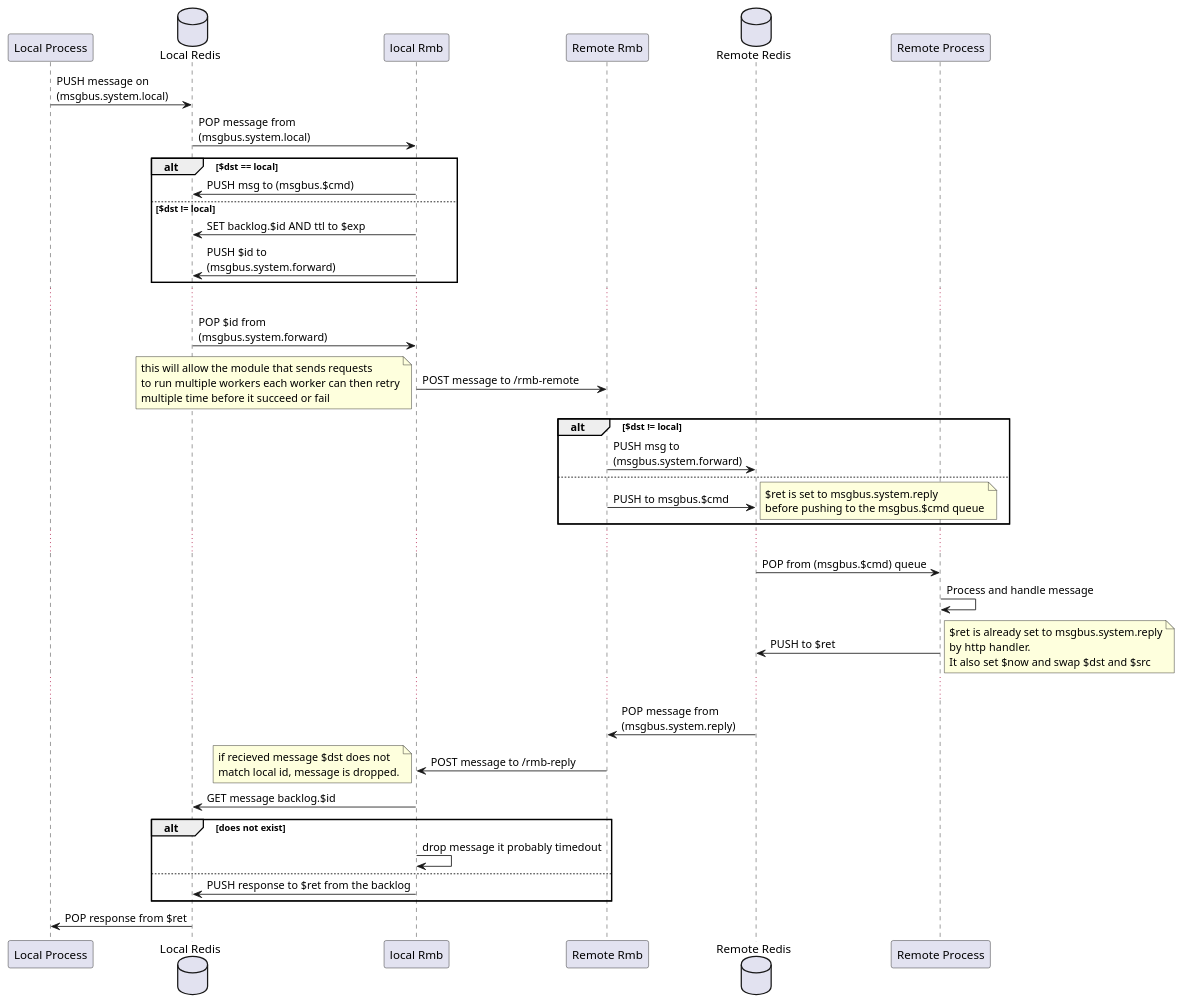
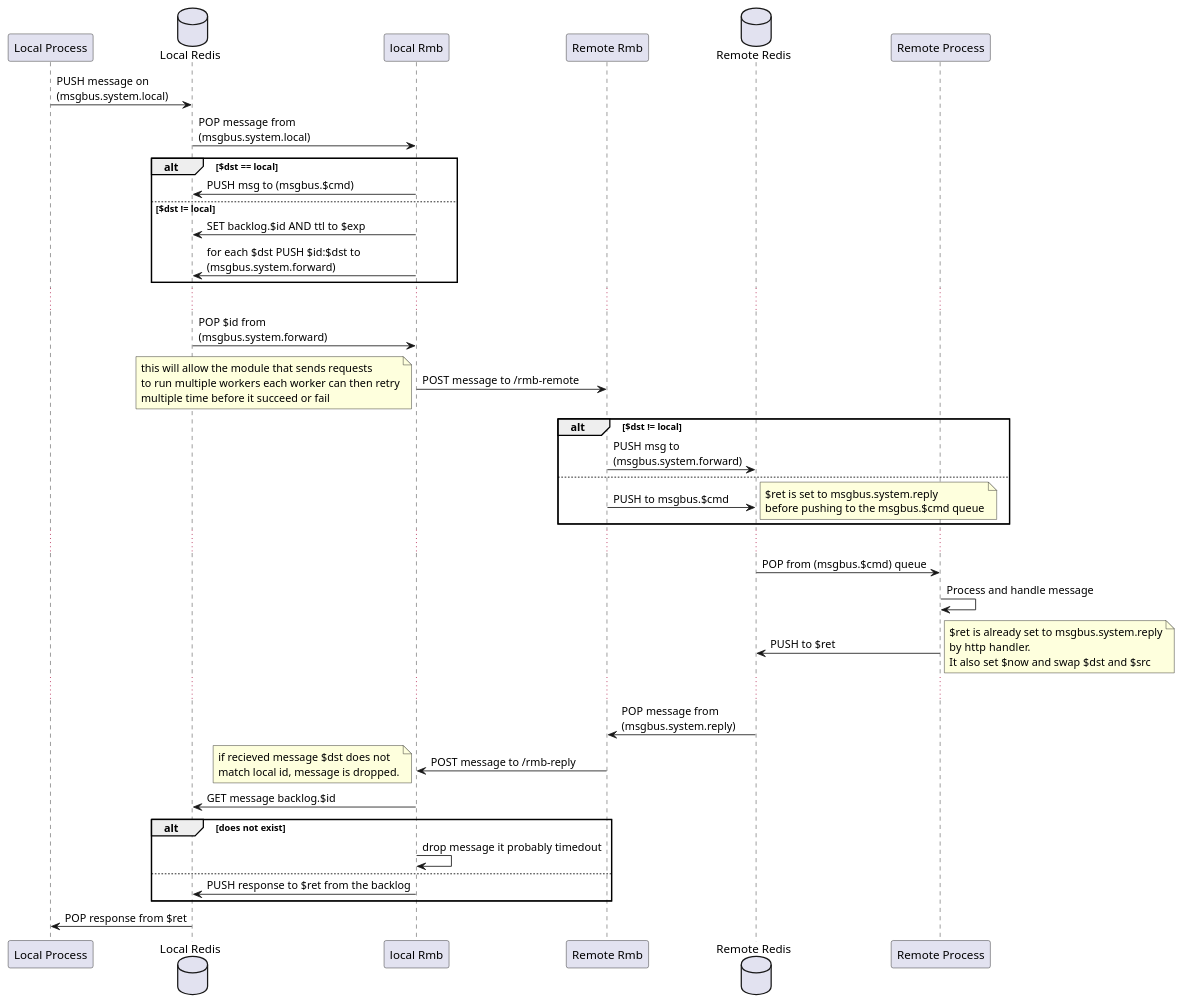
Before and after one commit to threefoldtech/rmb-rs: the diagram in docs/uml/sequence.wsd, drawn with PlantUML. The commit also changed 2 other files, not shown here.

Commit message:
update logic for multiple dst

```diff
--- a/docs/uml/sequence.wsd
+++ b/docs/uml/sequence.wsd
@@ -1,60 +1,60 @@
 @startuml RMB
 
 participant "Local Process" as lp
 database "Local Redis" as lr
 participant "local Rmb" as lrmb
 
 participant "Remote Rmb" as rrmb
 database "Remote Redis" as rr
 participant "Remote Process" as rp
 
 lp -> lr: PUSH message on \n(msgbus.system.local)
 lr -> lrmb : POP message from \n(msgbus.system.local)
 
 alt $dst == local
 lrmb -> lr: PUSH msg to (msgbus.$cmd)
 else $dst != local
 lrmb -> lr: SET backlog.$id AND ttl to $exp
-lrmb -> lr: PUSH $id to \n(msgbus.system.forward)
+lrmb -> lr: for each $dst PUSH $id:$dst to \n(msgbus.system.forward)
 end
 ...
 lr -> lrmb: POP $id from \n(msgbus.system.forward)
 lrmb -> rrmb: POST message to /rmb-remote
 note left
  this will allow the module that sends requests
  to run multiple workers each worker can then retry
  multiple time before it succeed or fail
 end note
 alt $dst != local
 rrmb -> rr: PUSH msg to \n(msgbus.system.forward)
 else
 rrmb -> rr: PUSH to msgbus.$cmd
 note right
 $ret is set to msgbus.system.reply
 before pushing to the msgbus.$cmd queue
 end note
 end
 ...
 rr -> rp: POP from (msgbus.$cmd) queue
 rp -> rp: Process and handle message
 rp -> rr: PUSH to $ret
 note right
 $ret is already set to msgbus.system.reply
 by http handler.
 It also set $now and swap $dst and $src
 end note
 ...
 rr -> rrmb: POP message from \n(msgbus.system.reply)
 rrmb -> lrmb: POST message to /rmb-reply
 note left
 if recieved message $dst does not
 match local id, message is dropped.
 end note
 lrmb -> lr: GET message backlog.$id
 alt does not exist
 lrmb -> lrmb: drop message it probably timedout
 else
 lrmb -> lr: PUSH response to $ret from the backlog
 end
 lr -> lp: POP response from $ret
 @enduml
```
